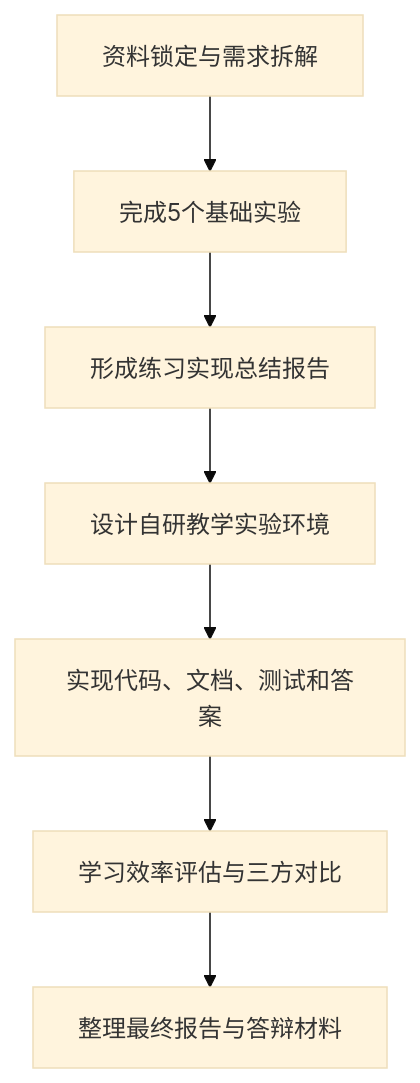
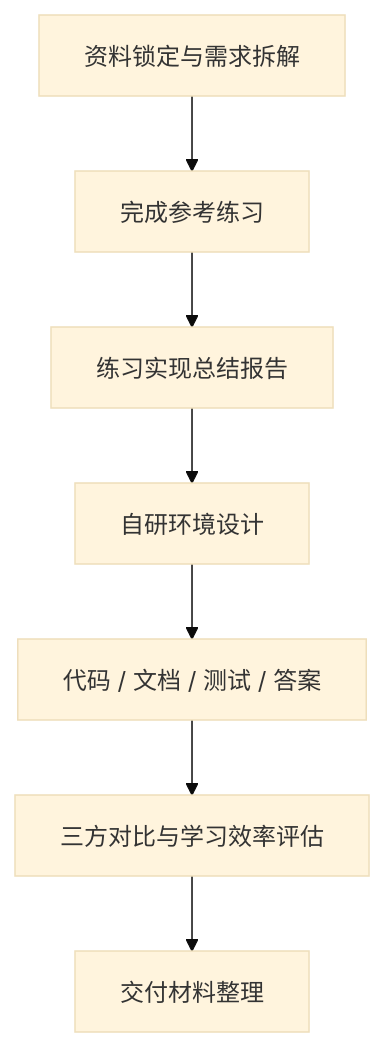
The diagram in docs/project_plan.md (AM-SuSh/EVOLVE), drawn with Mermaid (base theme) before and after one commit. The commit also changed other lines of this file and 10 other files, not shown here.

````diff
--- a/docs/project_plan.md
+++ b/docs/project_plan.md
@@ -34,9 +22,9 @@
 ```mermaid
 flowchart TD
-    A[资料锁定与需求拆解] --> B[完成5个基础实验]
-    B --> C[形成练习实现总结报告]
-    C --> D[设计自研教学实验环境]
-    D --> E[实现代码、文档、测试和答案]
-    E --> F[学习效率评估与三方对比]
-    F --> G[整理最终报告与答辩材料]
+    A[资料锁定与需求拆解] --> B[完成参考练习]
+    B --> C[练习实现总结报告]
+    C --> D[自研环境设计]
+    D --> E[代码 / 文档 / 测试 / 答案]
+    E --> F[三方对比与学习效率评估]
+    F --> G[交付材料整理]
 ```
````
